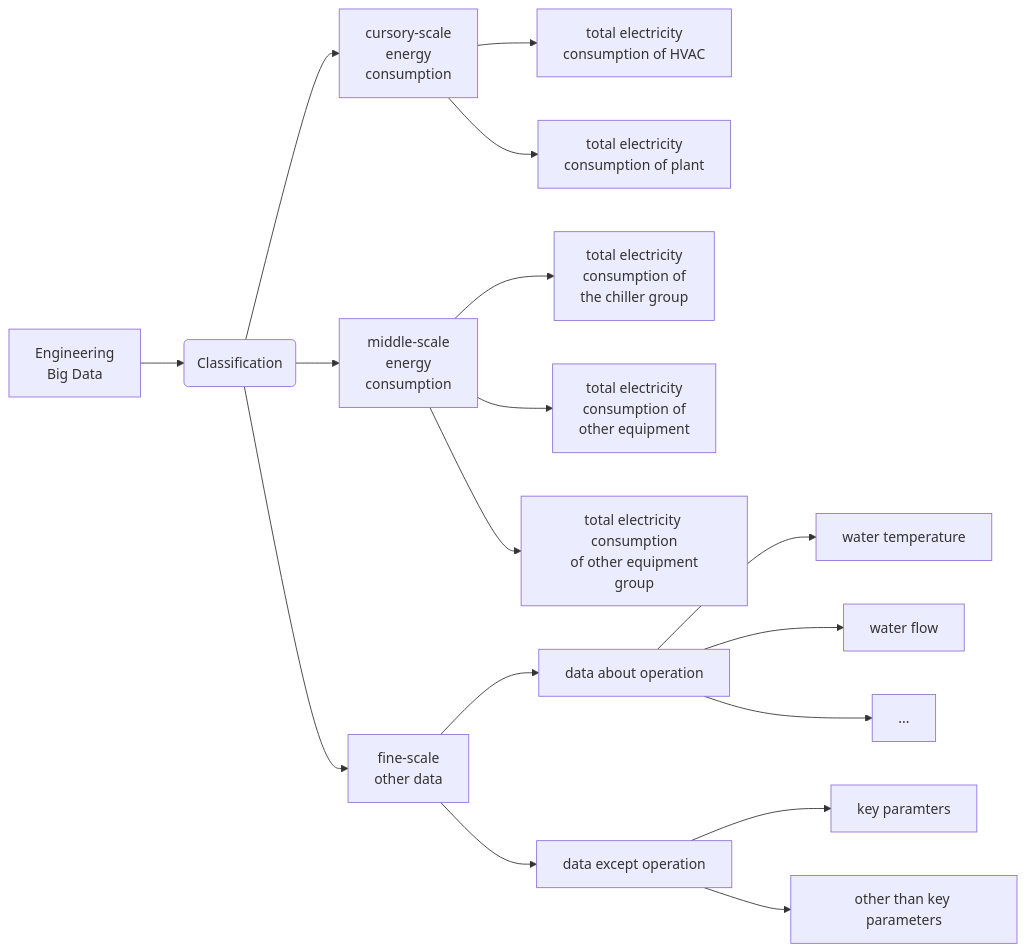
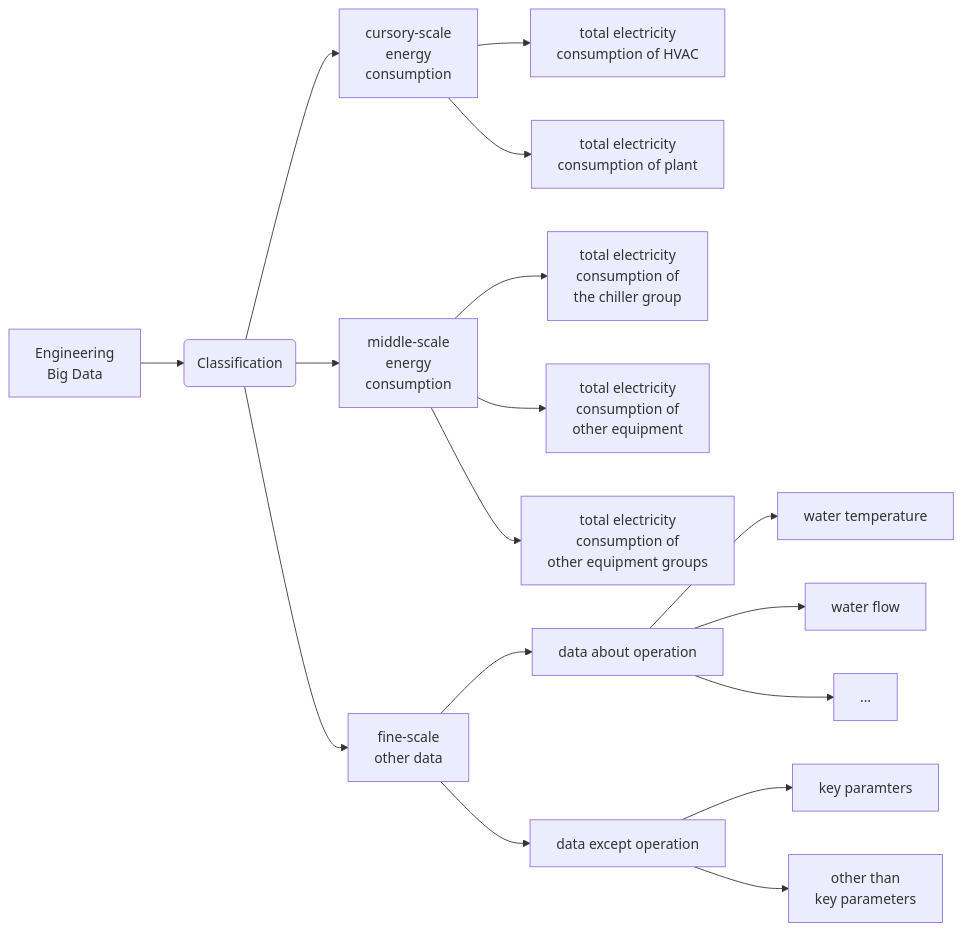
Before and after one commit to Hurricane-k/carry-bio: the first of 3 diagrams in content/posts/blog13/index.md, drawn with Mermaid. The commit also changed other lines of this file and 3 other files, not shown here.

```diff
--- a/content/posts/blog13/index.md
+++ b/content/posts/blog13/index.md
@@ -20,19 +22,19 @@
 {{<mermaid>}}
 flowchart LR
     A[Engineering\n Big Data] --> B(Classification)
     B --> C["cursory-scale\n energy\n consumption"]
     B --> D["middle-scale\n energy\n consumption"]
     B --> E["fine-scale\n other data"]
     C --> F["total electricity\n consumption of HVAC"]
     C --> FF["total electricity\n consumption of plant"]
     D --> G["total electricity\n consumption of\n the chiller group"]
     D --> GG["total electricity\n consumption of\n other equipment"]
-    D --> GGG["total electricity consumption\n of other equipment group"]
+    D --> GGG["total electricity\n consumption of\n other equipment groups"]
     E --> H["data about operation"]
     E --> HH["data except operation"]
     H --> I["water temperature"]
     H --> II["water flow"]
     H --> III[...]
     HH --> J[key paramters]
-    HH --> JJ[other than key parameters]
+    HH --> JJ[other than\n key parameters]
 {{</mermaid>}}
```
